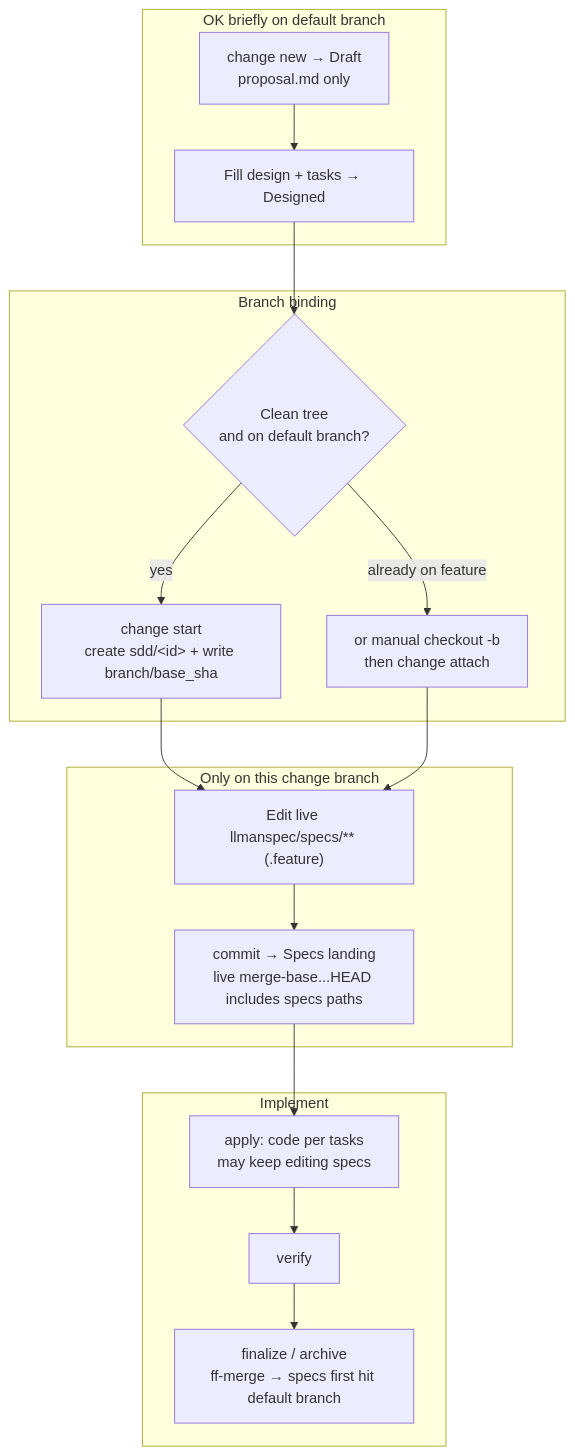
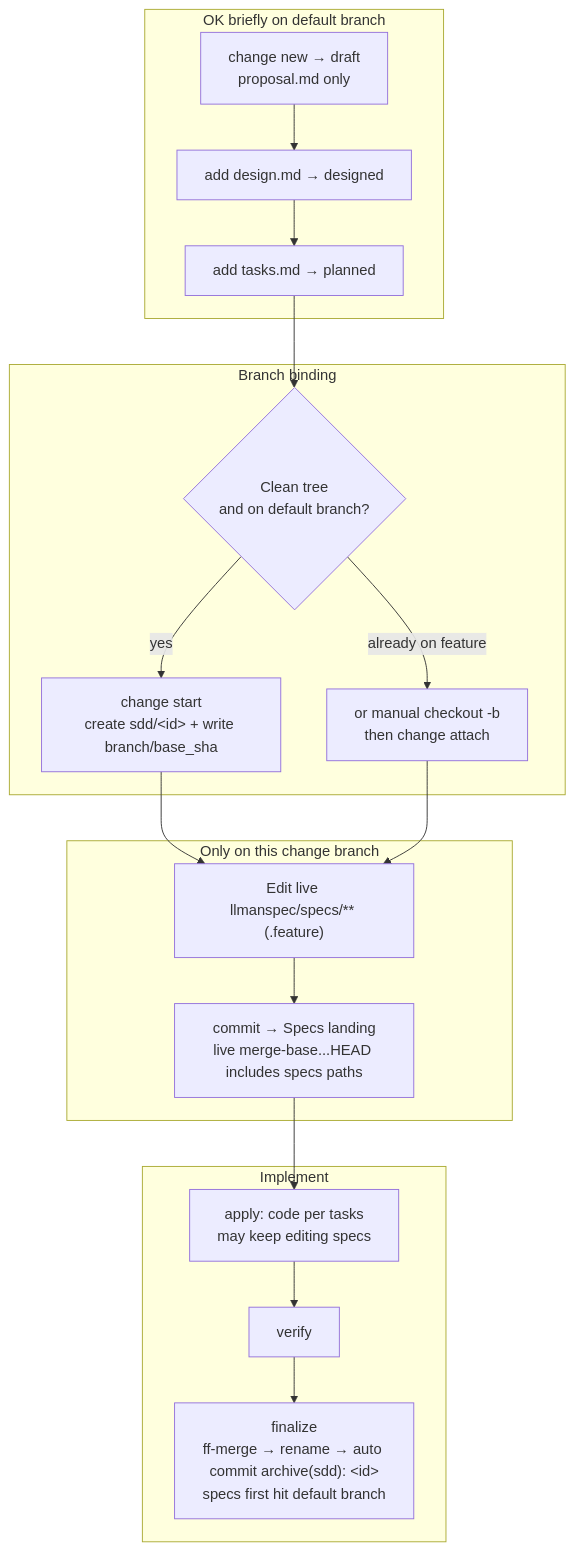
Before and after one commit to StrayDragon/llman: the diagram in crates/llman-sdd/templates/sdd/en/units/skills/git-native-flow.md, drawn with Mermaid. The commit also changed other lines of this file and 25 other files, not shown here.

Commit message:
docs(sdd): 模板按 lifecycle v2 重写描述（四档/needs_specs_change/finalize 自动收口/@agent+rules_touched/migrations SOP）

````diff
--- a/crates/llman-sdd/templates/sdd/en/units/skills/git-native-flow.md
+++ b/crates/llman-sdd/templates/sdd/en/units/skills/git-native-flow.md
@@ -5,29 +5,30 @@
 ```mermaid
 flowchart TB
   subgraph main_ok["OK briefly on default branch"]
-    A["change new → Draft<br/>proposal.md only"]
-    B["Fill design + tasks → Designed"]
+    A["change new → draft<br/>proposal.md only"]
+    B1["add design.md → designed"]
+    B2["add tasks.md → planned"]
   end
 
   subgraph gate_start["Branch binding"]
     C{"Clean tree<br/>and on default branch?"}
     D["change start<br/>create sdd/&lt;id&gt; + write branch/base_sha"]
     E["or manual checkout -b<br/>then change attach"]
   end
 
   subgraph specs_only["Only on this change branch"]
     F["Edit live llmanspec/specs/** (.feature)"]
     G["commit → Specs landing<br/>live merge-base...HEAD includes specs paths"]
   end
 
   subgraph implement["Implement"]
     H["apply: code per tasks<br/>may keep editing specs"]
     I["verify"]
-    J["finalize / archive<br/>ff-merge → specs first hit default branch"]
+    J["finalize<br/>ff-merge → rename → auto commit archive(sdd): &lt;id&gt;<br/>specs first hit default branch"]
   end
 
-  A --> B --> C
+  A --> B1 --> B2 --> C
   C -->|yes| D --> F
   C -->|already on feature| E --> F
   F --> G --> H --> I --> J
 ```
````
